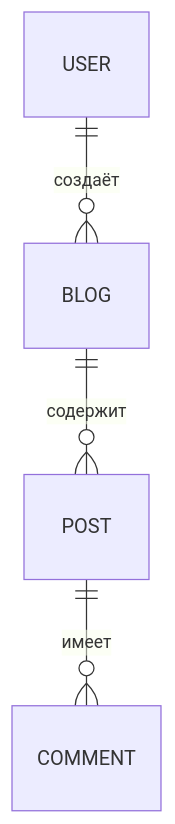
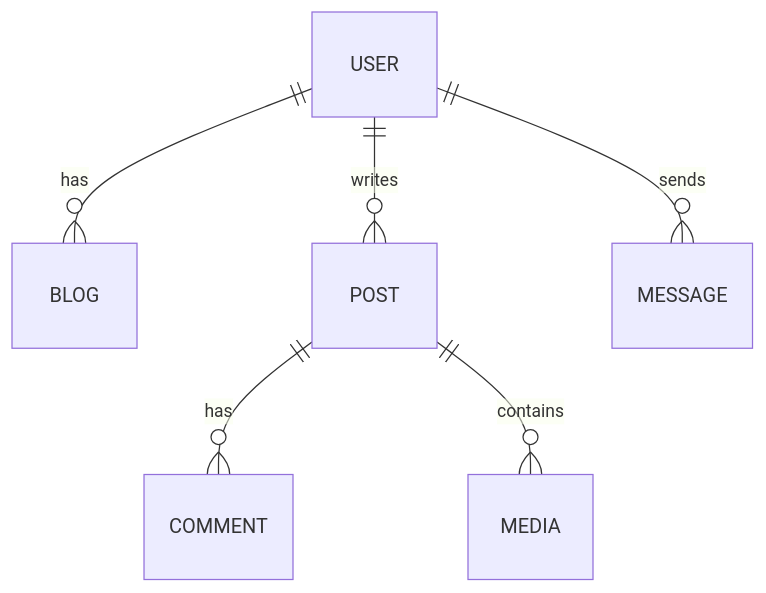
Before and after one commit to leszavr/quark: the diagram in docs/data/data-model.md, drawn with Mermaid.

````diff
--- a/docs/data/data-model.md
+++ b/docs/data/data-model.md
@@ -3,6 +3,8 @@
 ```mermaid
 erDiagram
-    USER ||--o{ BLOG : "создаёт"
-    BLOG ||--o{ POST : "содержит"
-    POST ||--o{ COMMENT : "имеет"
+    USER ||--o{ BLOG : has
+    USER ||--o{ POST : writes
+    POST ||--o{ COMMENT : has
+    POST ||--o{ MEDIA : contains
+    USER ||--o{ MESSAGE : sends
 ```
````
